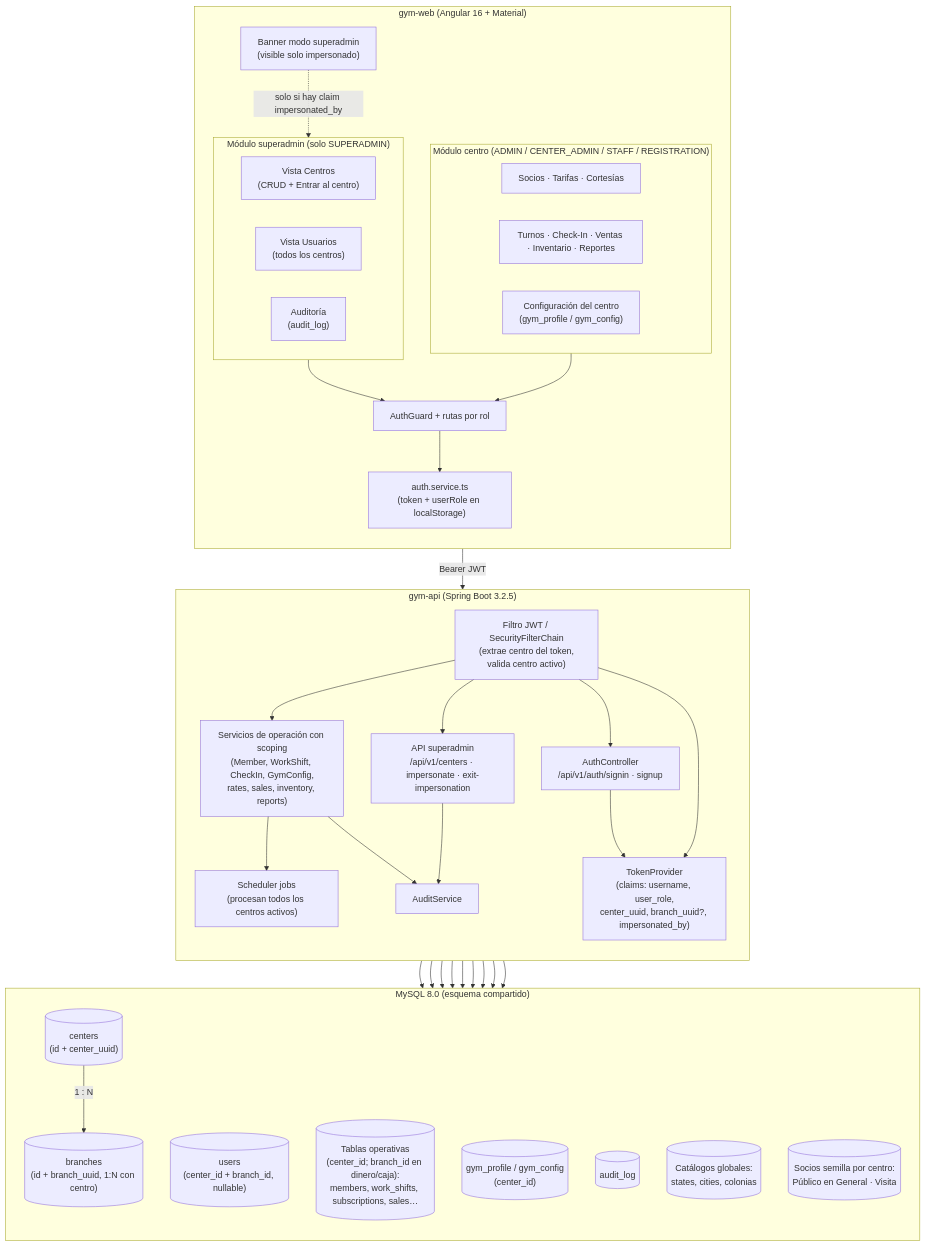
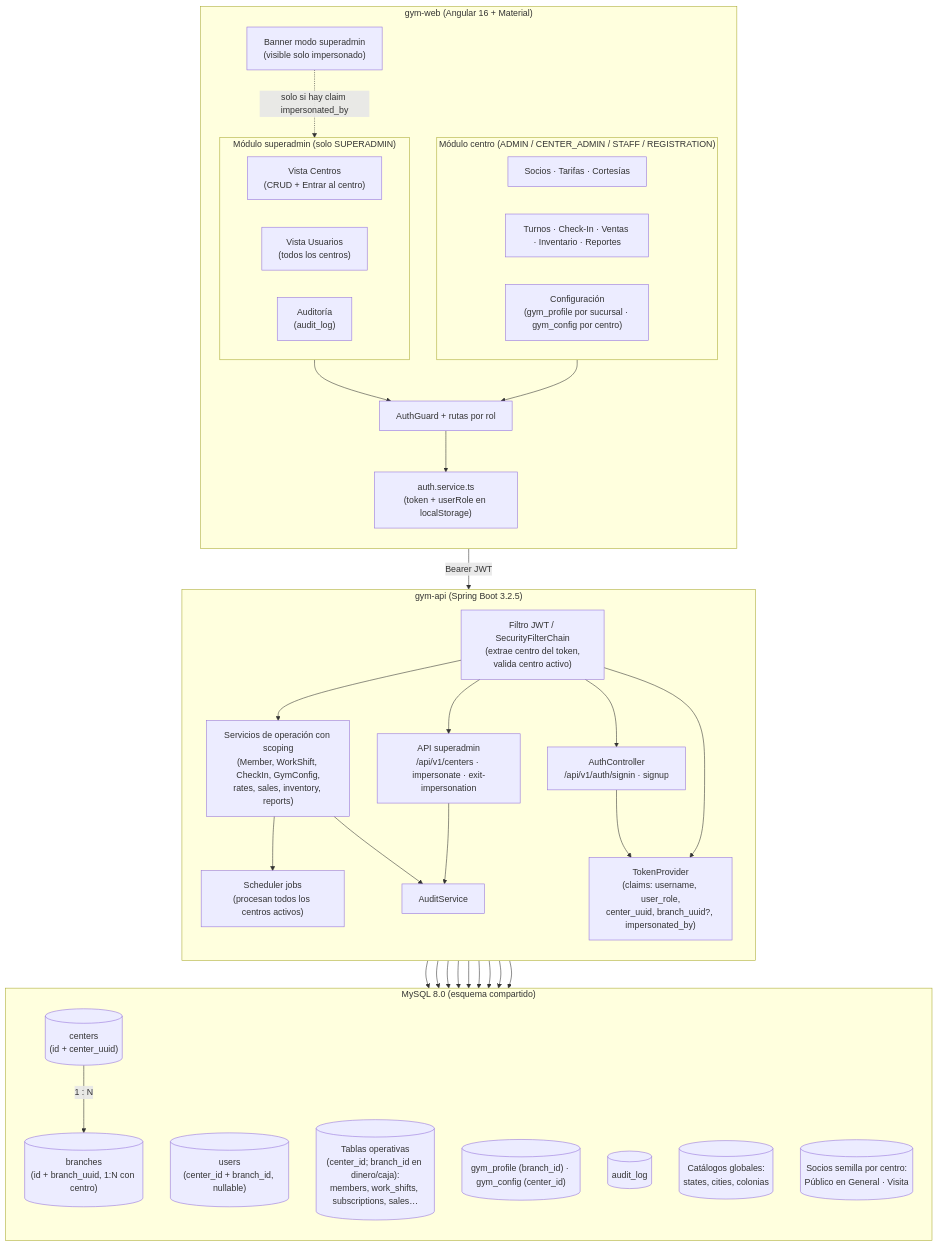
Before and after one commit to ItzelAbrego/gym-documentation: the first of 5 diagrams in doc/diagramas.md, drawn with Mermaid. The commit also changed other lines of this file and 8 other files, not shown here.

First line of the commit message:
Fix: gym_profile pasa a branch_id (perfil por sucursal)

````diff
--- a/doc/diagramas.md
+++ b/doc/diagramas.md
@@ -7,66 +7,66 @@
 ```mermaid
 flowchart TB
     subgraph WEB["gym-web (Angular 16 + Material)"]
         direction TB
         subgraph WSA["Módulo superadmin (solo SUPERADMIN)"]
             VISTA_C["Vista Centros<br/>(CRUD + Entrar al centro)"]
             VISTA_U["Vista Usuarios<br/>(todos los centros)"]
             VISTA_A["Auditoría<br/>(audit_log)"]
         end
         subgraph WC["Módulo centro (ADMIN / CENTER_ADMIN / STAFF / REGISTRATION)"]
             VSOC["Socios · Tarifas · Cortesías"]
             VTUR["Turnos · Check-In · Ventas · Inventario · Reportes"]
-            VCFG["Configuración del centro<br/>(gym_profile / gym_config)"]
+            VCFG["Configuración<br/>(gym_profile por sucursal · gym_config por centro)"]
         end
         BANNER["Banner modo superadmin<br/>(visible solo impersonado)"]
         AUTHS["auth.service.ts<br/>(token + userRole en localStorage)"]
         GUARD["AuthGuard + rutas por rol"]
     end
 
     subgraph API["gym-api (Spring Boot 3.2.5)"]
         direction TB
         AC["AuthController<br/>/api/v1/auth/signin · signup"]
         TP["TokenProvider<br/>(claims: username, user_role,<br/>center_uuid, branch_uuid?, impersonated_by)"]
         FILTER["Filtro JWT / SecurityFilterChain<br/>(extrae centro del token,<br/>valida centro activo)"]
         SAPI["API superadmin<br/>/api/v1/centers · impersonate · exit-impersonation"]
         SVC["Servicios de operación con scoping<br/>(Member, WorkShift, CheckIn, GymConfig,<br/>rates, sales, inventory, reports)"]
         AUD["AuditService"]
         JOB["Scheduler jobs<br/>(procesan todos los centros activos)"]
     end
 
     subgraph DB["MySQL 8.0 (esquema compartido)"]
         direction TB
         CENTERS[("centers<br/>(id + center_uuid)")]
         BRANCHES[("branches<br/>(id + branch_uuid, 1:N con centro)")]
         USERS[("users<br/>(center_id + branch_id, nullable)")]
         OPER[("Tablas operativas<br/>(center_id; branch_id en dinero/caja):<br/>members, work_shifts, subscriptions, sales…")]
-        CFG[("gym_profile / gym_config<br/>(center_id)")]
+        CFG[("gym_profile (branch_id) · gym_config (center_id)")]
         AUDIT[("audit_log")]
         CAT[("Catálogos globales:<br/>states, cities, colonias")]
         SEED[("Socios semilla por centro:<br/>Público en General · Visita")]
     end
 
     WSA --> GUARD
     WC --> GUARD
     GUARD --> AUTHS
     AUTHS -- "Bearer JWT" --> FILTER
     FILTER --> AC
     FILTER --> SAPI
     FILTER --> SVC
     SVC --> JOB
     SAPI --> AUD
     SVC --> AUD
     AUD --> AUDIT
     FILTER --> TP
     AC --> TP
     SAPI --> CENTERS
     CENTERS -- "1 : N" --> BRANCHES
     SAPI --> USERS
     SVC --> USERS
     SVC --> OPER
     SVC --> CFG
     SVC --> SEED
     SVC --> CAT
     AUD --> AUDIT
     BANNER -. "solo si hay claim impersonated_by" .-> WSA
 ```
````
